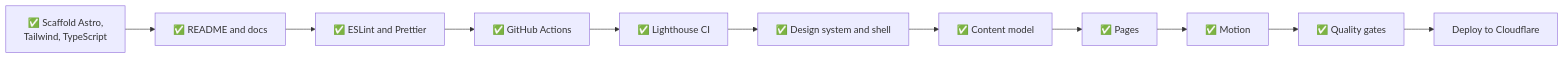
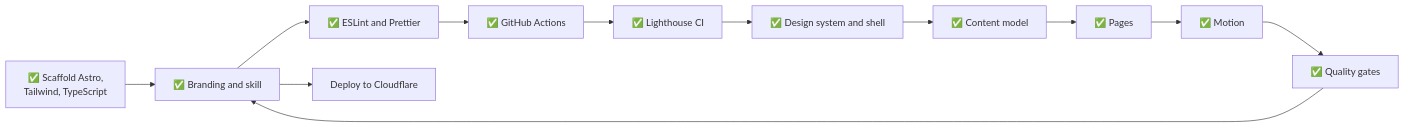
Before and after one commit to FilipRokita/filiprokita.com: the diagram in README.md, drawn with Mermaid. The commit also changed 11 other files, not shown here.

````diff
--- a/README.md
+++ b/README.md
@@ -84,13 +84,14 @@
 ```mermaid
 flowchart LR
     A[✅ Scaffold Astro,<br/>Tailwind, TypeScript] --> B[✅ README and docs]
     B --> C[✅ ESLint and Prettier]
     C --> D[✅ GitHub Actions]
     D --> E[✅ Lighthouse CI]
     E --> F[✅ Design system and shell]
     F --> M[✅ Content model]
     M --> G[✅ Pages]
     G --> P[✅ Motion]
     P --> Q[✅ Quality gates]
-    Q --> H[Deploy to Cloudflare]
+    Q --> B[✅ Branding and skill]
+    B --> H[Deploy to Cloudflare]
 ```
````
